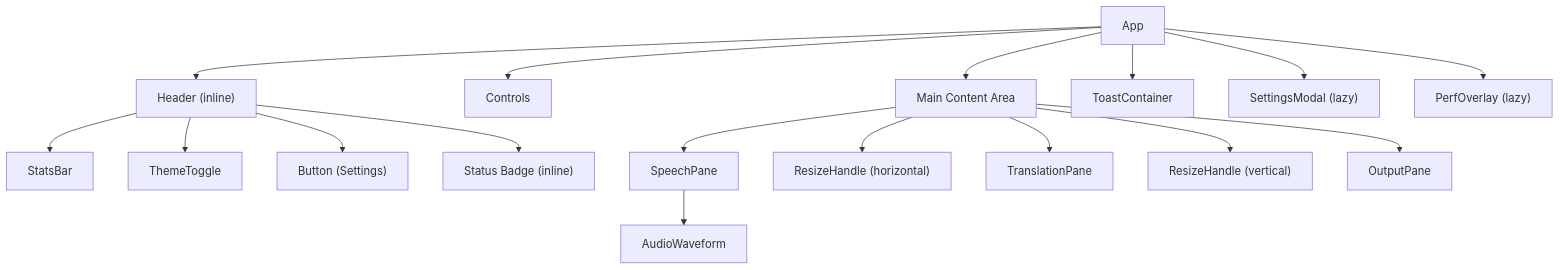
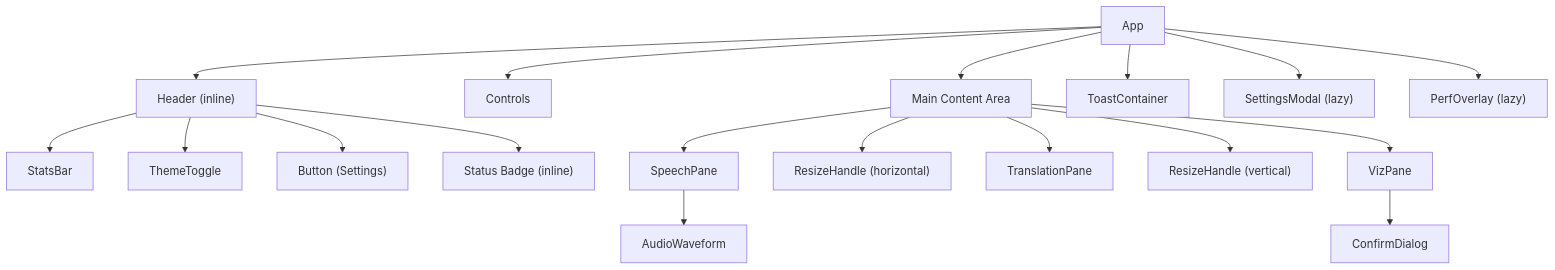
One commit to heroprogramm/express_transcription changed the diagram in docs/components.md. Above: the diagram before and after it, drawn with Mermaid. The commit also changed other lines of this file and 5 other files, not shown here.

First line of the commit message:
docs: update architecture, components, and IPC docs; add viz-engine doc

````diff
--- a/docs/components.md
+++ b/docs/components.md
@@ -5,19 +5,20 @@
 ```mermaid
 graph TD
     App --> Header["Header (inline)"]
     Header --> StatsBar
     Header --> ThemeToggle
     Header --> SettingsButton["Button (Settings)"]
     Header --> StatusBadge["Status Badge (inline)"]
     App --> Controls
     App --> MainArea["Main Content Area"]
     MainArea --> SpeechPane
     SpeechPane --> AudioWaveform
     MainArea --> ResizeHandle_H["ResizeHandle (horizontal)"]
     MainArea --> TranslationPane
     MainArea --> ResizeHandle_V["ResizeHandle (vertical)"]
-    MainArea --> OutputPane
+    MainArea --> VizPane
+    VizPane --> ConfirmDialog
     App --> ToastContainer
     App --> SettingsModal["SettingsModal (lazy)"]
     App --> PerfOverlay["PerfOverlay (lazy)"]
 ```
````
